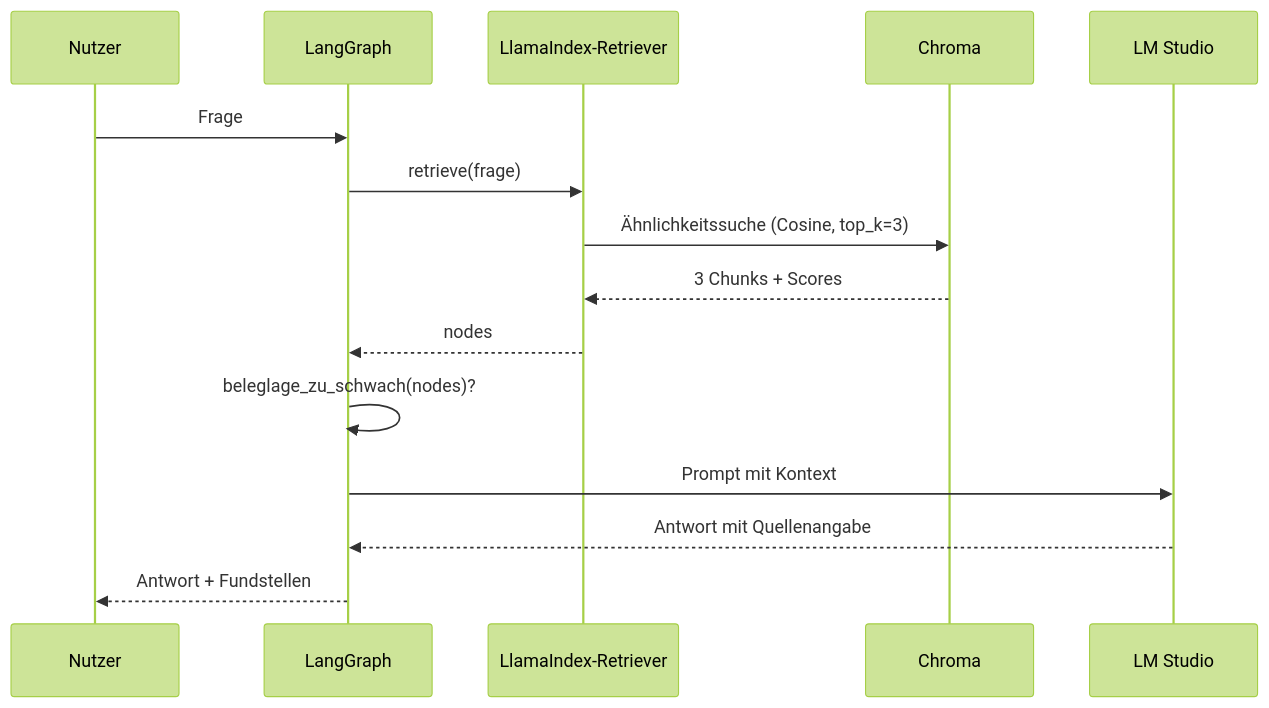
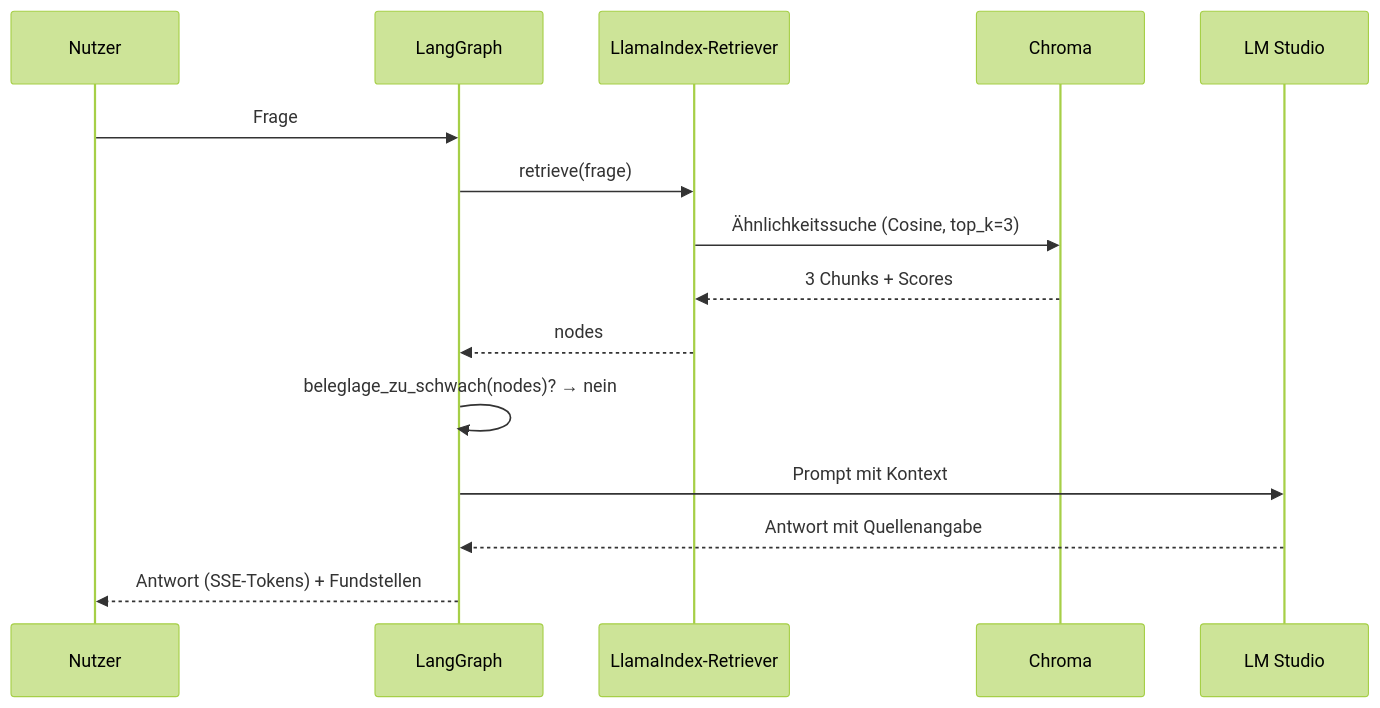
The third of 5 diagrams in docs/arc42.md (Gereon93/regRAG), drawn with Mermaid (forest theme) before and after one commit. The commit also changed other lines of this file and 15 other files, not shown here.

````diff
--- a/docs/arc42.md
+++ b/docs/arc42.md
@@ -123,18 +147,18 @@
 ```mermaid
 sequenceDiagram
     participant N as Nutzer
     participant G as LangGraph
     participant R as LlamaIndex-Retriever
     participant D as Chroma
     participant L as LM Studio
 
     N->>G: Frage
     G->>R: retrieve(frage)
     R->>D: Ähnlichkeitssuche (Cosine, top_k=3)
     D-->>R: 3 Chunks + Scores
     R-->>G: nodes
-    G->>G: beleglage_zu_schwach(nodes)?
+    G->>G: beleglage_zu_schwach(nodes)? → nein
     G->>L: Prompt mit Kontext
     L-->>G: Antwort mit Quellenangabe
-    G-->>N: Antwort + Fundstellen
+    G-->>N: Antwort (SSE-Tokens) + Fundstellen
 ```
````
